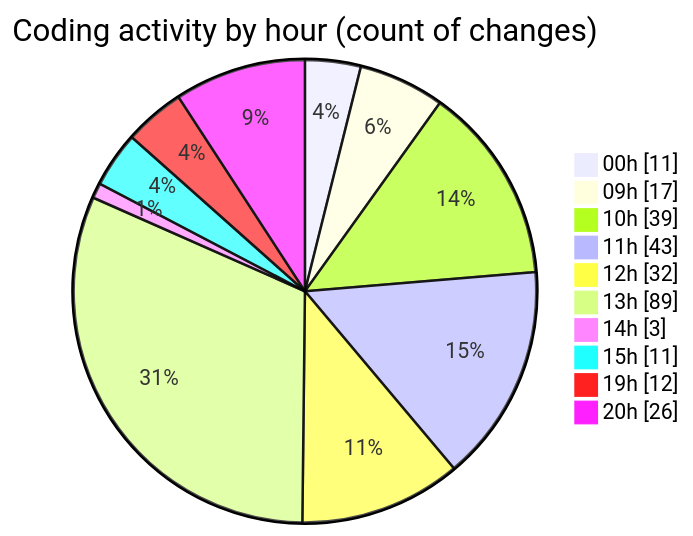
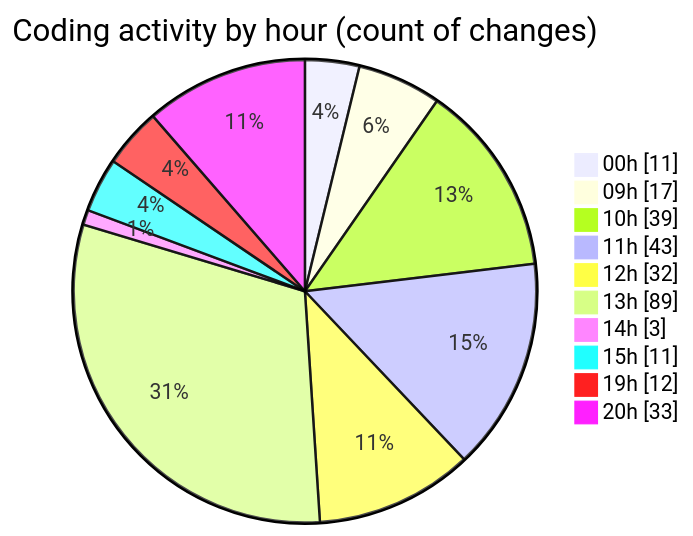
One commit to momahboobian/code-tracking changed the second of 2 diagrams in 2026-09-02/cda/README.md. Above: the diagram before and after it, drawn with Mermaid. The commit also changed other lines of this file and 1 other file, not shown here.

````diff
--- a/2026-09-02/cda/README.md
+++ b/2026-09-02/cda/README.md
@@ -91,14 +91,14 @@
 ```mermaid
 pie showData
 title Coding activity by hour (count of changes)
 "00h" : 11
 "09h" : 17
 "10h" : 39
 "11h" : 43
 "12h" : 32
 "13h" : 89
 "14h" : 3
 "15h" : 11
 "19h" : 12
-"20h" : 26
+"20h" : 33
 ```
````
